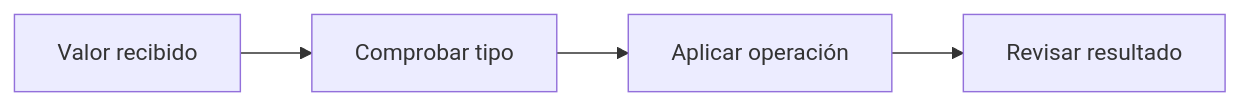
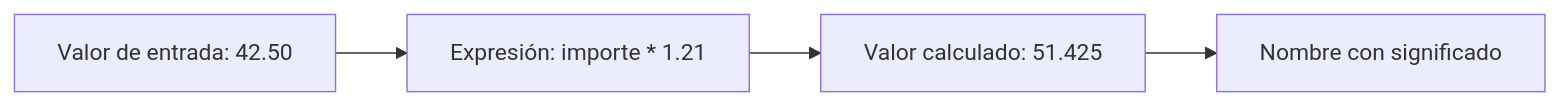
Before and after one commit to Ayhur/CursoAnalista: the diagram in curso/02-python-desde-cero/lecciones/01-entorno-valores-y-variables.md, drawn with Mermaid. The commit also changed other lines of this file and 11 other files, not shown here.

````diff
--- a/curso/02-python-desde-cero/lecciones/01-entorno-valores-y-variables.md
+++ b/curso/02-python-desde-cero/lecciones/01-entorno-valores-y-variables.md
@@ -28,6 +26,6 @@
 ```mermaid
 flowchart LR
-  A[Valor recibido] --> B[Comprobar tipo]
-  B --> C[Aplicar operación]
-  C --> D[Revisar resultado]
+  A[Valor de entrada: 42.50] --> B[Expresión: importe * 1.21]
+  B --> C[Valor calculado: 51.425]
+  C --> D[Nombre con significado]
 ```
````
